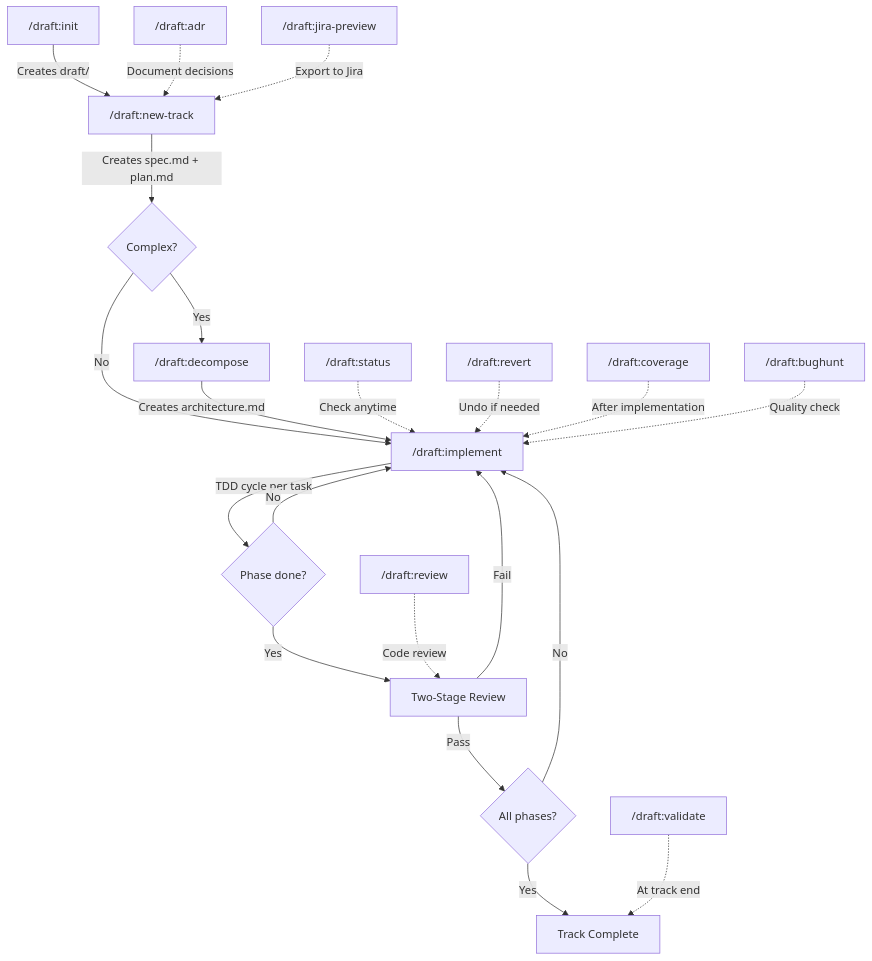
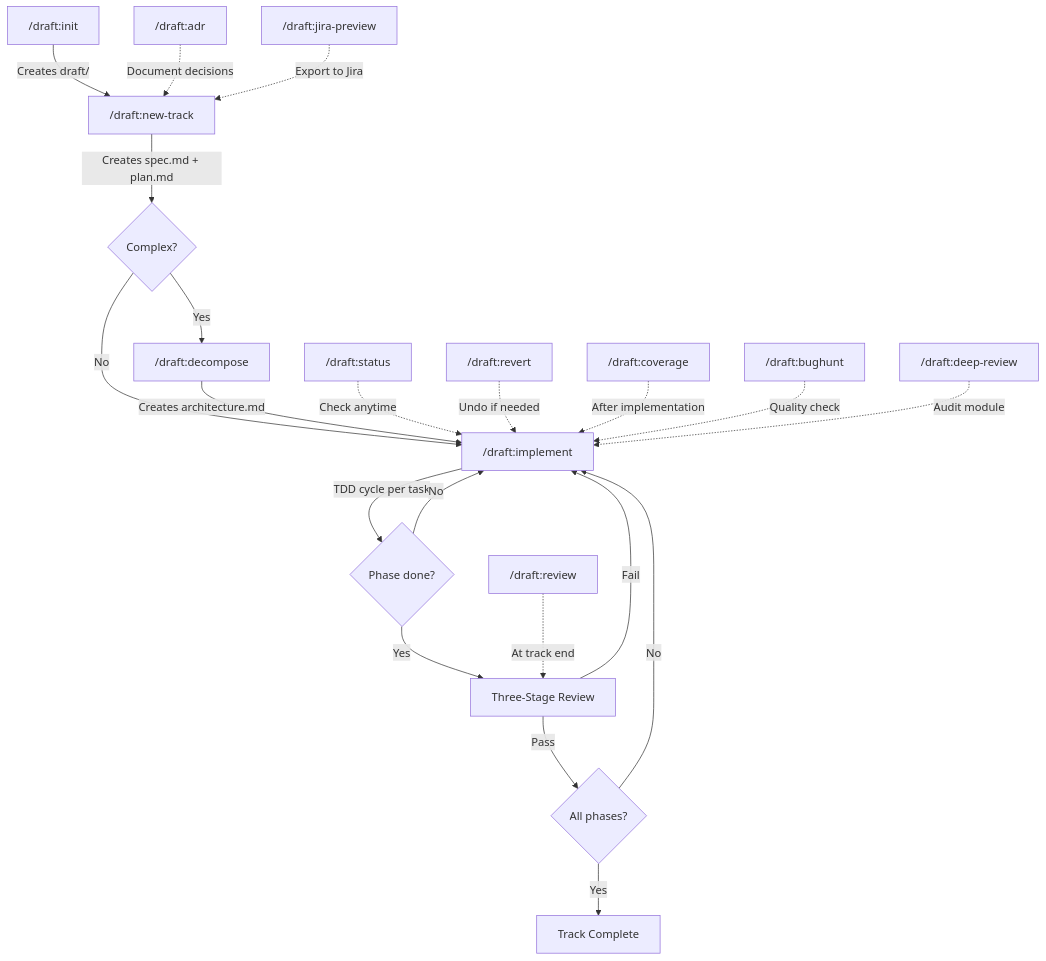
Before and after one commit to mayurpise/draft: the first of 2 diagrams in core/methodology.md, drawn with Mermaid. The commit also changed other lines of this file and 17 other files, not shown here.

First line of the commit message:
refactor(skills)!: consolidate quality control - remove validate, add deep-review, upgrade review to 3-stage

````diff
--- a/core/methodology.md
+++ b/core/methodology.md
@@ -88,24 +88,24 @@
 ```mermaid
 graph TD
     A["/draft:init"] -->|"Creates draft/"| B["/draft:new-track"]
     B -->|"Creates spec.md + plan.md"| C{Complex?}
     C -->|Yes| D["/draft:decompose"]
     C -->|No| E["/draft:implement"]
     D -->|"Creates architecture.md"| E
     E -->|"TDD cycle per task"| F{Phase done?}
     F -->|No| E
-    F -->|Yes| G["Two-Stage Review"]
+    F -->|Yes| G["Three-Stage Review"]
     G -->|Pass| H{All phases?}
     G -->|Fail| E
     H -->|No| E
     H -->|Yes| I["Track Complete"]
 
     J["/draft:status"] -.->|"Check anytime"| E
     K["/draft:revert"] -.->|"Undo if needed"| E
     L["/draft:coverage"] -.->|"After implementation"| E
-    M["/draft:validate"] -.->|"At track end"| I
     N["/draft:bughunt"] -.->|"Quality check"| E
-    O["/draft:review"] -.->|"Code review"| G
+    O["/draft:review"] -.->|"At track end"| G
     P["/draft:adr"] -.->|"Document decisions"| B
     Q["/draft:jira-preview"] -.->|"Export to Jira"| B
+    R["/draft:deep-review"] -.->|"Audit module"| E
 ```
````
